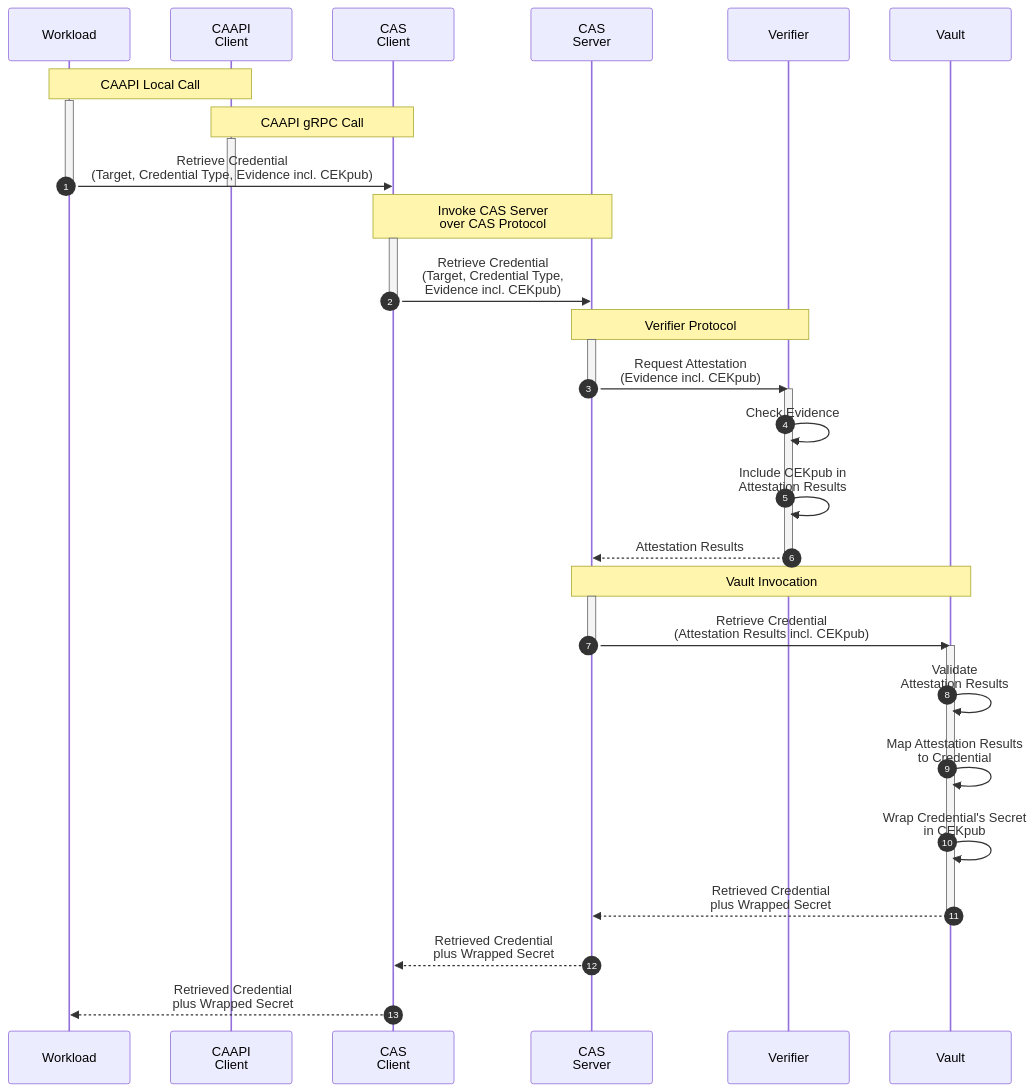
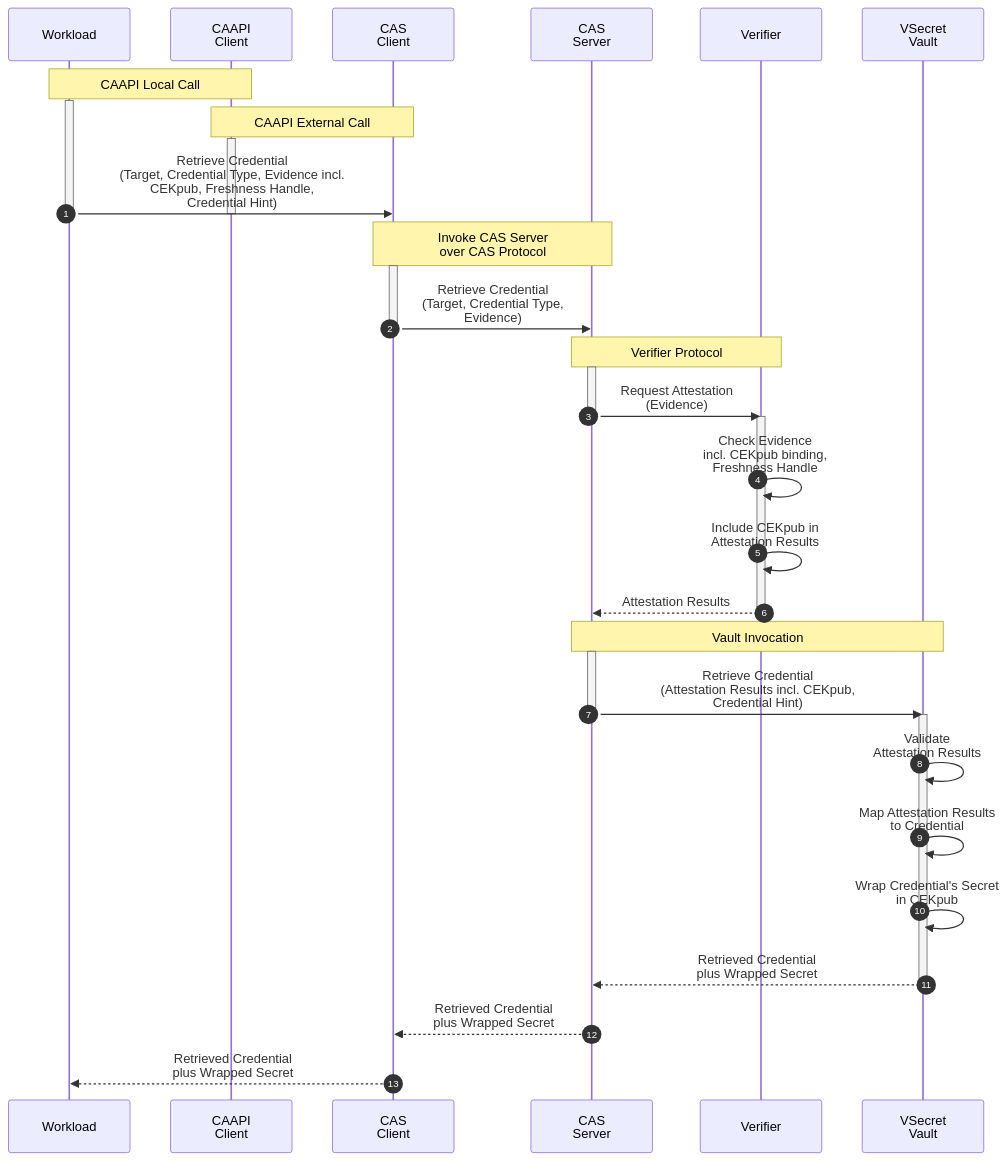
Before and after one commit to TWI-Unified-Model/tacra: the diagram in proto/retrieve.mmd, drawn with Mermaid. The commit also changed 13 other files, not shown here.

Commit message:
Added freshness handle and freshness kind

```diff
--- a/proto/retrieve.mmd
+++ b/proto/retrieve.mmd
@@ -1,43 +1,43 @@
-%% Retrieving existing proof-of-possession or bearer token credentials
+%% Retrieving existing proof-of-posvesvion or bearer token credentials
 sequenceDiagram
     participant W as Workload
     participant CAA_C as CAAPI<br/>Client
     participant CAS_C as CAS<br/>Client
     participant CAS_S as CAS<br/>Server
     participant V as Verifier
-    participant SS as Vault
+    participant SV as VSecret<br/>Vault
 
     autonumber
 
     note over W, CAA_C: CAAPI Local Call
     activate W
-    note over CAA_C, CAS_C: CAAPI gRPC Call
+    note over CAA_C, CAS_C: CAAPI External Call
     activate CAA_C
-    W->>CAS_C: Retrieve Credential<br/>(Target, Credential Type, Evidence incl. CEKpub)
+    W->>CAS_C: Retrieve Credential<br/>(Target, Credential Type, Evidence incl.<br/> CEKpub, Freshness Handle,<br/>Credential Hint)
     deactivate CAA_C
     deactivate W
     note over CAS_C, CAS_S: Invoke CAS Server<br/>over CAS Protocol
     activate CAS_C
-    CAS_C->>CAS_S: Retrieve Credential<br/>(Target, Credential Type,<br/>Evidence incl. CEKpub)
+    CAS_C->>CAS_S: Retrieve Credential<br/>(Target, Credential Type,<br/>Evidence)
     deactivate CAS_C
     note over CAS_S, V: Verifier Protocol
     activate CAS_S
-    CAS_S->>V: Request Attestation<br/>(Evidence incl. CEKpub)
+    CAS_S->>V: Request Attestation<br/>(Evidence)
     deactivate CAS_S
     activate V
-    V->>V: Check Evidence
+    V->>V: Check Evidence<br/>incl. CEKpub binding,<br/>Freshness Handle
     V->>V: Include CEKpub in<br/>Attestation Results
     V-->>CAS_S: Attestation Results
     deactivate V
-    note over CAS_S, SS: Vault Invocation
+    note over CAS_S, SV: Vault Invocation
     activate CAS_S
-    CAS_S->>SS: Retrieve Credential<br/>(Attestation Results incl. CEKpub)
+    CAS_S->>SV: Retrieve Credential<br/>(Attestation Results incl. CEKpub,<br/>Credential Hint)
     deactivate CAS_S
-    activate SS
-    SS->>SS: Validate<br/>Attestation Results
-    SS->>SS: Map Attestation Results<br/>to Credential
-    SS->>SS: Wrap Credential's Secret<br/>in CEKpub
-    SS-->>CAS_S: Retrieved Credential<br/>plus Wrapped Secret
-    deactivate SS
+    activate SV
+    SV->>SV: Validate<br/>Attestation Results
+    SV->>SV: Map Attestation Results<br/>to Credential
+    SV->>SV: Wrap Credential's Secret<br/>in CEKpub
+    SV-->>CAS_S: Retrieved Credential<br/>plus Wrapped Secret
+    deactivate SV
     CAS_S-->>CAS_C: Retrieved Credential<br/>plus Wrapped Secret
     CAS_C-->>W: Retrieved Credential<br/>plus Wrapped Secret
```
